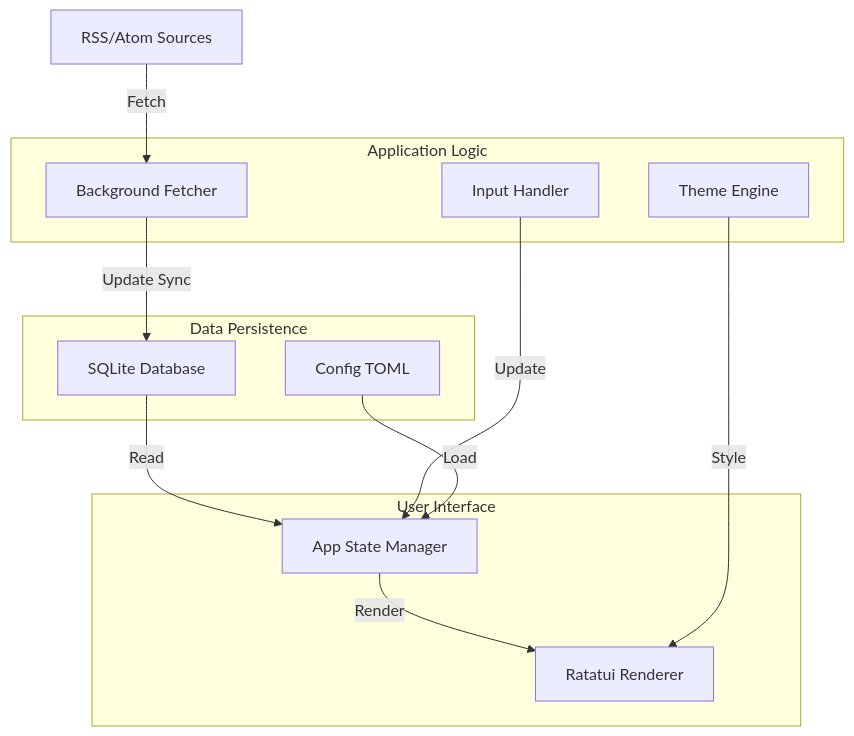
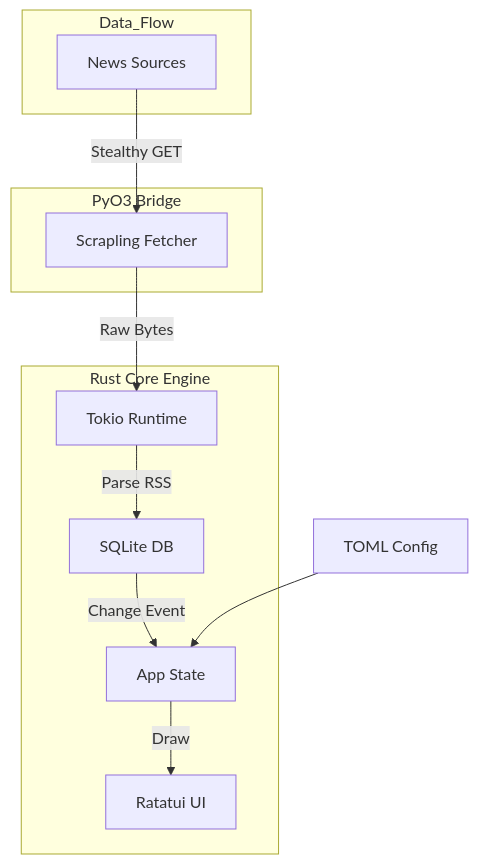
Before and after one commit to rivadmorin/Ultra-Fast-Millisecond-News-TUI-in-Rust: the diagram in README.md, drawn with Mermaid. The commit also changed other lines of this file and 6 other files, not shown here.

First line of the commit message:
feat: hybrid Rust-Python stealth scraper with expanded news sources

````diff
--- a/README.md
+++ b/README.md
@@ -23,26 +23,23 @@
 ```mermaid
 graph TD
-    subgraph UI_Layer [User Interface]
-        A[Ratatui Renderer]
-        B[App State Manager]
+    subgraph Rust_Core [Rust Core Engine]
+        A[Ratatui UI]
+        B[App State]
+        C[SQLite DB]
+        D[Tokio Runtime]
     end
 
-    subgraph Logic_Layer [Application Logic]
-        C[Input Handler]
-        D[Theme Engine]
-        E[Background Fetcher]
+    subgraph Python_Bridge [PyO3 Bridge]
+        E[Scrapling Fetcher]
     end
 
-    subgraph Data_Layer [Data Persistence]
-        F[SQLite Database]
-        G[Config TOML]
+    subgraph Data_Flow
+        F[News Sources] -->|Stealthy GET| E
+        E -->|Raw Bytes| D
+        D -->|Parse RSS| C
+        C -->|Change Event| B
+        B -->|Draw| A
     end
 
-    H[RSS/Atom Sources] -->|Fetch| E
-    E -->|Update Sync| F
-    F -->|Read| B
-    B -->|Render| A
-    C -->|Update| B
-    G -->|Load| B
-    D -->|Style| A
+    G[TOML Config] --> B
 ```
````
